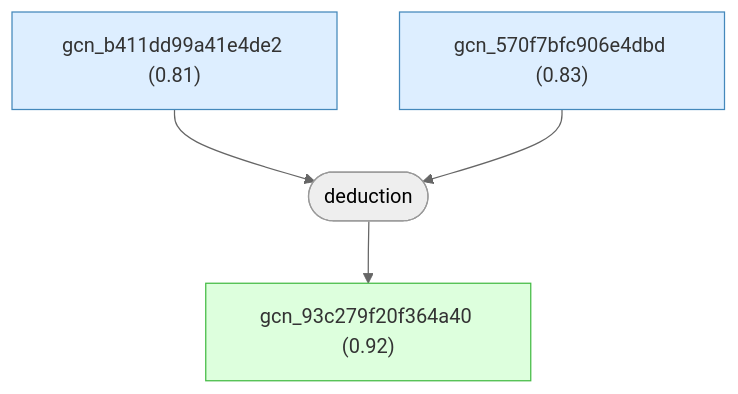
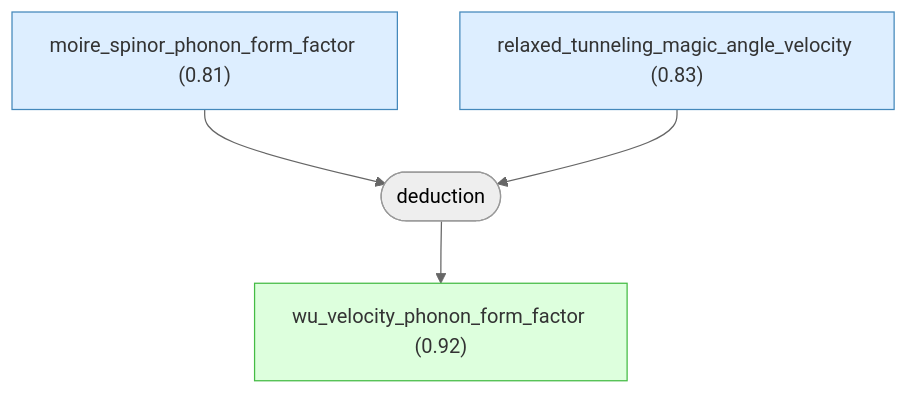
Before and after one commit to Callo42/tbg-magic-angle-gaia: the second of 10 diagrams in docs/detailed-reasoning.md, drawn with Mermaid (neutral theme). The commit also changed other lines of this file and 33 other files, not shown here.

````diff
--- a/docs/detailed-reasoning.md
+++ b/docs/detailed-reasoning.md
@@ -260,20 +258,20 @@
 ```mermaid
 graph TD
-    gcn_b411dd99a41e4de2["gcn_b411dd99a41e4de2 (0.81)"]:::premise
-    gcn_570f7bfc906e4dbd["gcn_570f7bfc906e4dbd (0.83)"]:::premise
-    gcn_93c279f20f364a40["gcn_93c279f20f364a40 (0.92)"]:::derived
+    moire_spinor_phonon_form_factor["moire_spinor_phonon_form_factor (0.81)"]:::premise
+    relaxed_tunneling_magic_angle_velocity["relaxed_tunneling_magic_angle_velocity (0.83)"]:::premise
+    wu_velocity_phonon_form_factor["wu_velocity_phonon_form_factor (0.92)"]:::derived
     strat_1(["deduction"])
-    gcn_b411dd99a41e4de2 --> strat_1
-    gcn_570f7bfc906e4dbd --> strat_1
-    strat_1 --> gcn_93c279f20f364a40
+    moire_spinor_phonon_form_factor --> strat_1
+    relaxed_tunneling_magic_angle_velocity --> strat_1
+    strat_1 --> wu_velocity_phonon_form_factor
 
     classDef setting fill:#f0f0f0,stroke:#999,color:#333
     classDef premise fill:#ddeeff,stroke:#4488bb,color:#333
     classDef derived fill:#ddffdd,stroke:#44bb44,color:#333
     classDef question fill:#fff3dd,stroke:#cc9944,color:#333
     classDef background fill:#f5f5f5,stroke:#bbb,stroke-dasharray: 5 5,color:#333
     classDef orphan fill:#fff,stroke:#ccc,stroke-dasharray: 5 5,color:#333
     classDef external fill:#fff,stroke:#aaa,stroke-dasharray: 3 3,color:#333
     classDef weak fill:#fff9c4,stroke:#f9a825,stroke-dasharray: 5 5,color:#333
     classDef contra fill:#ffebee,stroke:#c62828,color:#333
 ```
````
